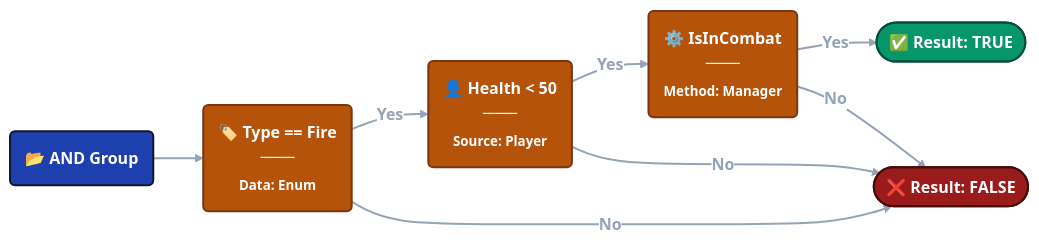
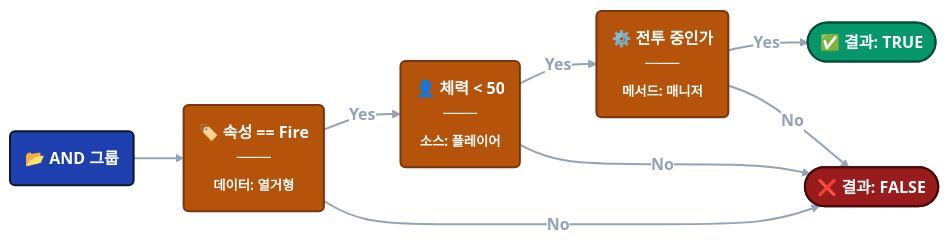
Before and after one commit to tinygiants-tech/TinyGiants: the fifth of 5 diagrams in i18n/ko/docusaurus-plugin-content-docs/current/game-event-system/visual-workflow/visual-condition-tree.md, drawn with Mermaid (neutral theme). The commit also changed other lines of this file and 81 other files, not shown here.

````diff
--- a/i18n/ko/docusaurus-plugin-content-docs/current/game-event-system/visual-workflow/visual-condition-tree.md
+++ b/i18n/ko/docusaurus-plugin-content-docs/current/game-event-system/visual-workflow/visual-condition-tree.md
@@ -847,33 +846,29 @@
 ```mermaid
 graph LR
 
-    %% 节点定义
-    ROOT(📂 AND Group):::root
+    ROOT(📂 AND 그룹):::root
     
-    C1("🏷️ Type == Fire<br/>───<br/><sub>Data: Enum</sub>"):::cond
-    C2("👤 Health < 50<br/>───<br/><sub>Source: Player</sub>"):::cond
-    C3("⚙️ IsInCombat<br/>───<br/><sub>Method: Manager</sub>"):::cond
+    C1("🏷️ 속성 == Fire<br/>───<br/><sub>데이터: 열거형</sub>"):::cond
+    C2("👤 체력 < 50<br/>───<br/><sub>소스: 플레이어</sub>"):::cond
+    C3("⚙️ 전투 중인가<br/>───<br/><sub>메서드: 매니저</sub>"):::cond
     
-    RES_T([✅ Result: TRUE]):::result
-    RES_F([❌ Result: FALSE]):::fail
+    RES_T([✅ 결과: TRUE]):::result
+    RES_F([❌ 결과: FALSE]):::fail
 
-    %% 逻辑连接
     ROOT --> C1
     
     C1 -- Yes --> C2
     C2 -- Yes --> C3
     C3 -- Yes --> RES_T
 
     C1 -- No --> RES_F
     C2 -- No --> RES_F
     C3 -- No --> RES_F
 
-    %% 样式定义
     classDef root fill:#1e40af,stroke:#0f172a,stroke-width:2px,color:#ffffff,font-weight:bold
     classDef cond fill:#b45309,stroke:#78350f,stroke-width:2px,color:#ffffff,font-weight:bold
     classDef result fill:#059669,stroke:#064e3b,stroke-width:2px,color:#ffffff,font-weight:bold
     classDef fail fill:#991b1b,stroke:#450a0a,stroke-width:2px,color:#ffffff,font-weight:bold
 
-    %% 连线样式
     linkStyle default stroke:#94a3b8,stroke-width:2px,color:#94a3b8
 ```
````
